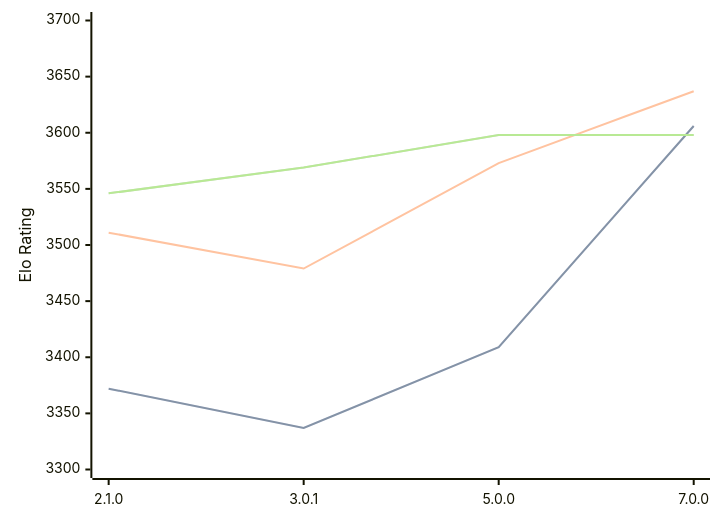
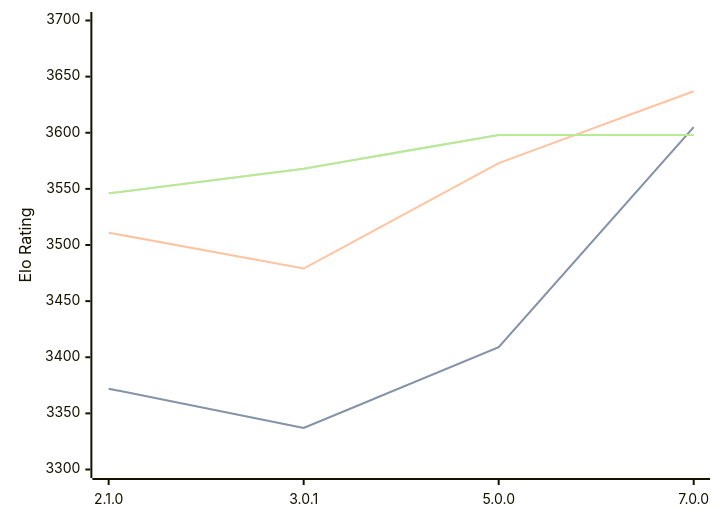
Before and after one commit to computer-chess-index/cci: the diagram in engines/PlentyChess.md, drawn with Mermaid. The commit also changed other lines of this file, not shown here.

Commit message:
Update CCI Ratings (ELO VLTC) - 2026-02-28

````diff
--- a/engines/PlentyChess.md
+++ b/engines/PlentyChess.md
@@ -43,11 +43,11 @@
 ```mermaid
 %%{init: {"theme":"base","themeVariables":{"seriesColors:['#a3a3a3','#222221','#faa371']}}}%%
 xychart-beta
   x-axis ["2.1.0", "3.0.1", "5.0.0", "7.0.0"]
   y-axis "Elo Rating" 3300 --> 3700
-  line "STC (8.0+0.08s)" [3372, 3337, 3409, 3606]
-  line "STC (8.0+0.08s)" [3372, 3337, 3409, 3606]
+  line "STC (8.0+0.08s)" [3372, 3337, 3409, 3605]
+  line "STC (8.0+0.08s)" [3372, 3337, 3409, 3605]
   line "LTC (60.0+0.60s)" [3511, 3479, 3573, 3637]
-  line "VLTC (2m24s+1.12s)" [3546, 3569, 3598, 3598]
-  line "VLTC (2m24s+1.12s)" [3546, 3569, 3598, 3598]
+  line "VLTC (2m24s+1.12s)" [3546, 3568, 3598, 3598]
+  line "VLTC (2m24s+1.12s)" [3546, 3568, 3598, 3598]
 ```
````
